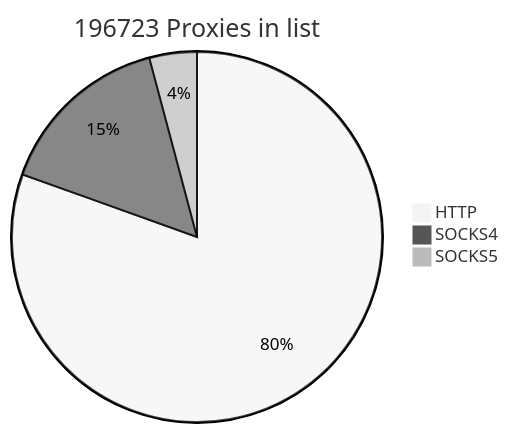
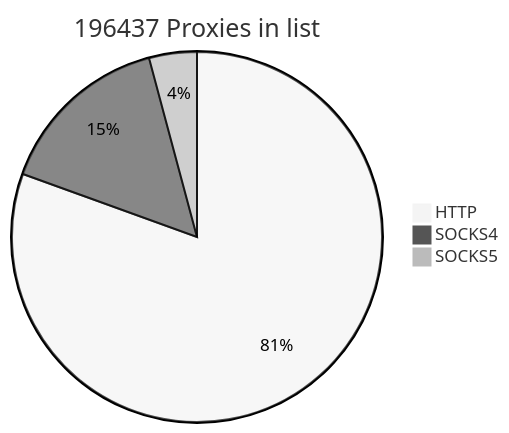
The first of 2 diagrams in README.md (cutipu/proxylist), drawn with Mermaid (neutral theme) before and after one commit. The commit also changed other lines of this file, not shown here.

````diff
--- a/README.md
+++ b/README.md
@@ -2,7 +2,7 @@
 ```mermaid
-pie title 196723 Proxies in list
-    "HTTP" : 158319
-    "SOCKS4" : 30256
-    "SOCKS5" : 8148
+pie title 196437 Proxies in list
+    "HTTP" : 158186
+    "SOCKS4" : 30060
+    "SOCKS5" : 8191
             
 ```
````
